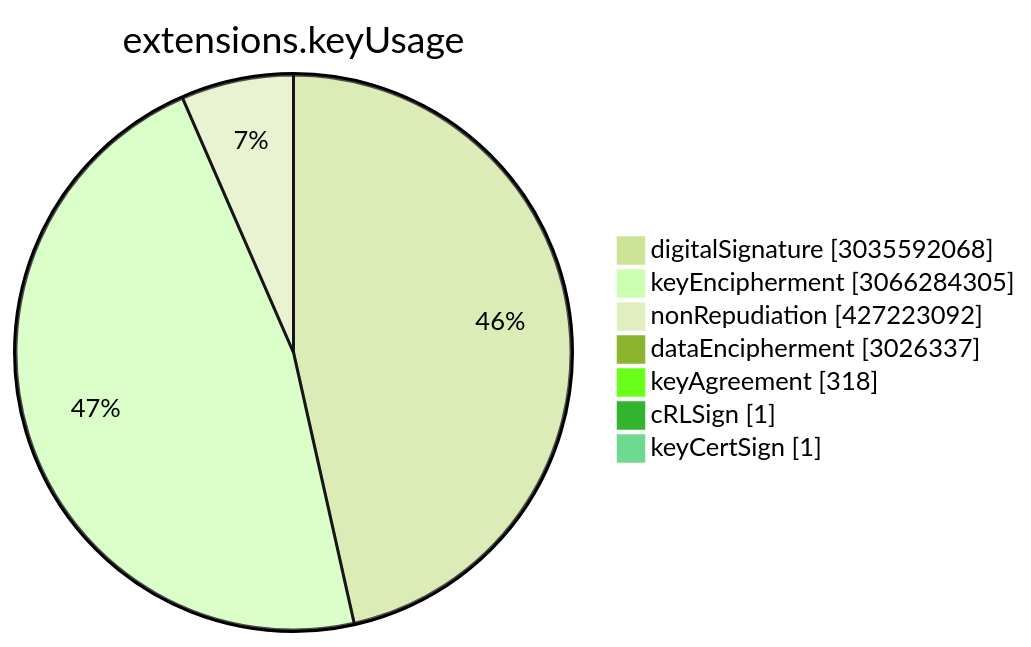
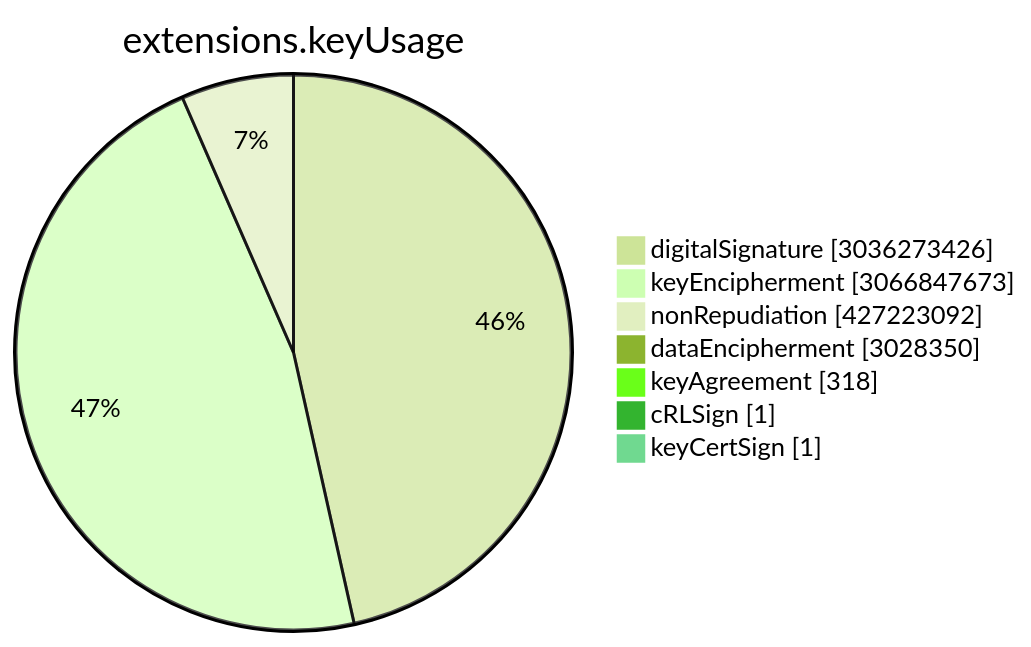
One commit to christiankrug/ctmonitor_visualization changed the sixth of 15 diagrams in TOTAL/README.md. Above: the diagram before and after it, drawn with Mermaid (forest theme). The commit also changed other lines of this file, not shown here.

````diff
--- a/TOTAL/README.md
+++ b/TOTAL/README.md
@@ -3075,11 +3075,11 @@
 ```mermaid
 pie showData
 title extensions.keyUsage
-"digitalSignature" :3035592068
-"keyEncipherment" :3066284305
+"digitalSignature" :3036273426
+"keyEncipherment" :3066847673
 "nonRepudiation" :427223092
-"dataEncipherment" :3026337
+"dataEncipherment" :3028350
 "keyAgreement" :318
 "cRLSign" :1
 "keyCertSign" :1
 ```
````
